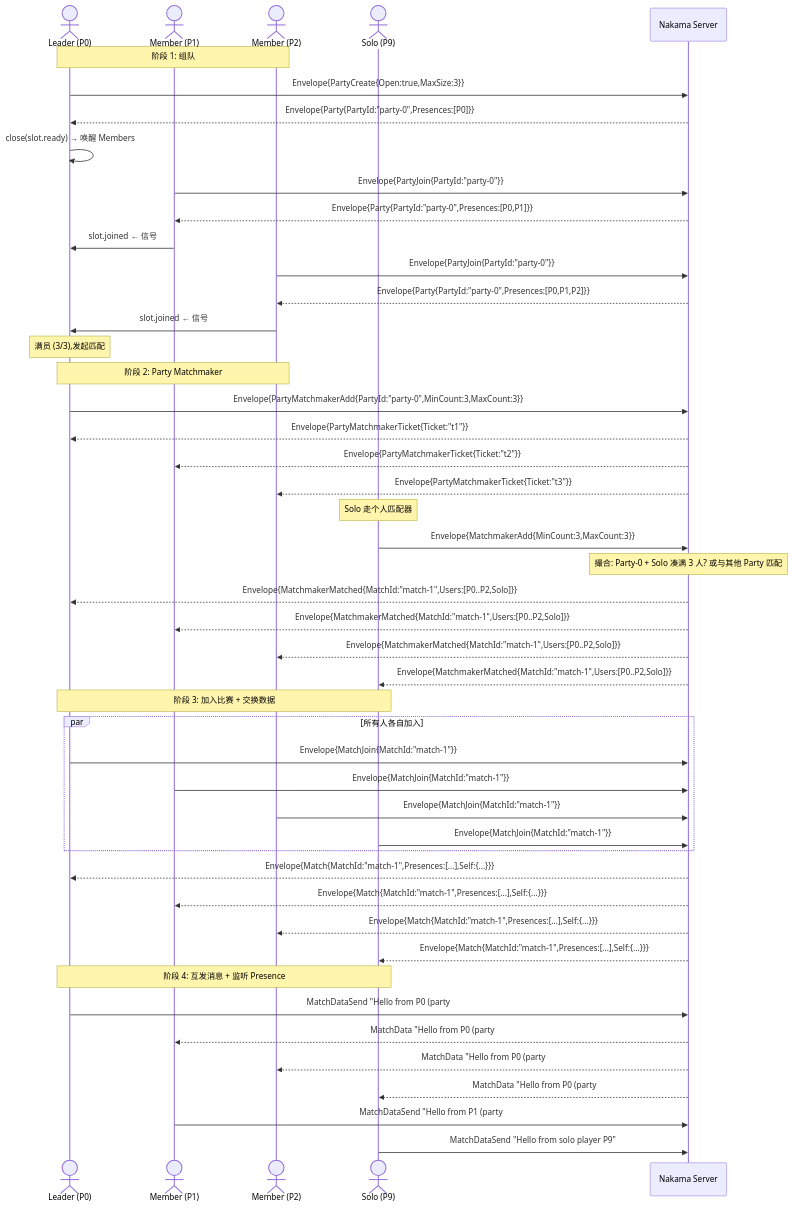
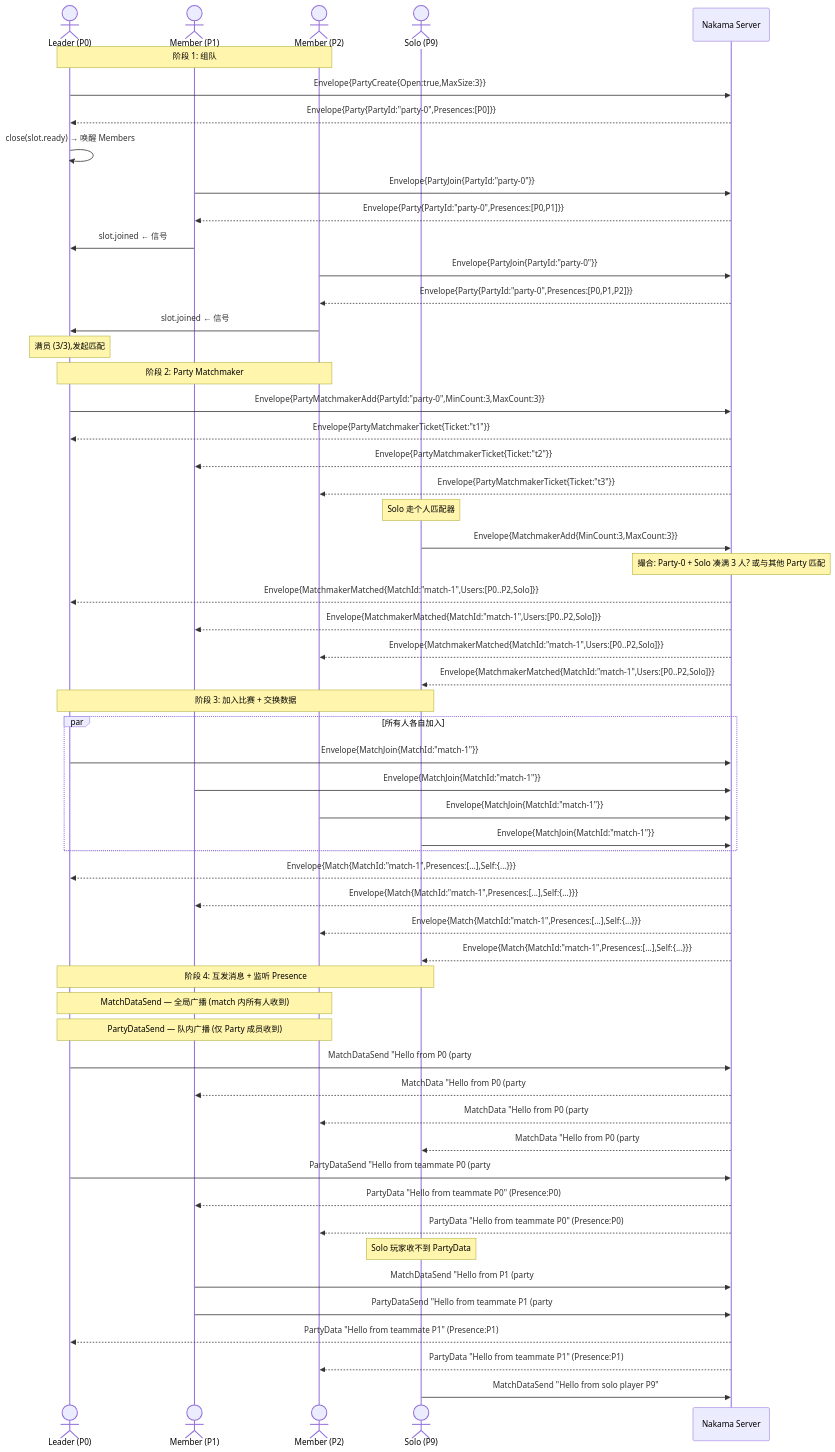
Before and after one commit to kindywu/nakama: the fifth of 5 diagrams in docs/examples.md, drawn with Mermaid. The commit also changed other lines of this file and 1 other file, not shown here.

````diff
--- a/docs/examples.md
+++ b/docs/examples.md
@@ -1140,66 +1208,77 @@
 ```mermaid
 sequenceDiagram
     actor L as Leader (P0)
     actor M1 as Member (P1)
     actor M2 as Member (P2)
     actor Solo as Solo (P9)
     participant S as Nakama Server
 
     Note over L,M2: 阶段 1: 组队
 
     L->>S: Envelope{PartyCreate{Open:true,MaxSize:3}}
     S-->>L: Envelope{Party{PartyId:"party-0",Presences:[P0]}}
 
     L->>L: close(slot.ready) → 唤醒 Members
 
     M1->>S: Envelope{PartyJoin{PartyId:"party-0"}}
     S-->>M1: Envelope{Party{PartyId:"party-0",Presences:[P0,P1]}}
     M1->>L: slot.joined ← 信号
 
     M2->>S: Envelope{PartyJoin{PartyId:"party-0"}}
     S-->>M2: Envelope{Party{PartyId:"party-0",Presences:[P0,P1,P2]}}
     M2->>L: slot.joined ← 信号
 
     Note over L: 满员 (3/3),发起匹配
 
     Note over L,M2: 阶段 2: Party Matchmaker
 
     L->>S: Envelope{PartyMatchmakerAdd{PartyId:"party-0",MinCount:3,MaxCount:3}}
     S-->>L: Envelope{PartyMatchmakerTicket{Ticket:"t1"}}
     S-->>M1: Envelope{PartyMatchmakerTicket{Ticket:"t2"}}
     S-->>M2: Envelope{PartyMatchmakerTicket{Ticket:"t3"}}
 
     Note over Solo: Solo 走个人匹配器
     Solo->>S: Envelope{MatchmakerAdd{MinCount:3,MaxCount:3}}
 
     Note over S: 撮合: Party-0 + Solo 凑满 3 人? 或与其他 Party 匹配
 
     S-->>L: Envelope{MatchmakerMatched{MatchId:"match-1",Users:[P0..P2,Solo]}}
     S-->>M1: Envelope{MatchmakerMatched{MatchId:"match-1",Users:[P0..P2,Solo]}}
     S-->>M2: Envelope{MatchmakerMatched{MatchId:"match-1",Users:[P0..P2,Solo]}}
     S-->>Solo: Envelope{MatchmakerMatched{MatchId:"match-1",Users:[P0..P2,Solo]}}
 
     Note over L,Solo: 阶段 3: 加入比赛 + 交换数据
 
     par 所有人各自加入
         L->>S: Envelope{MatchJoin{MatchId:"match-1"}}
         M1->>S: Envelope{MatchJoin{MatchId:"match-1"}}
         M2->>S: Envelope{MatchJoin{MatchId:"match-1"}}
         Solo->>S: Envelope{MatchJoin{MatchId:"match-1"}}
     end
 
     S-->>L: Envelope{Match{MatchId:"match-1",Presences:[...],Self:{...}}}
     S-->>M1: Envelope{Match{MatchId:"match-1",Presences:[...],Self:{...}}}
     S-->>M2: Envelope{Match{MatchId:"match-1",Presences:[...],Self:{...}}}
     S-->>Solo: Envelope{Match{MatchId:"match-1",Presences:[...],Self:{...}}}
 
     Note over L,Solo: 阶段 4: 互发消息 + 监听 Presence
+    Note over L,M2: MatchDataSend — 全局广播 (match 内所有人收到)
+    Note over L,M2: PartyDataSend — 队内广播 (仅 Party 成员收到)
 
     L->>S: MatchDataSend "Hello from P0 (party #0)"
     S-->>M1: MatchData "Hello from P0 (party #0)" (Presence:P0)
     S-->>M2: MatchData "Hello from P0 (party #0)" (Presence:P0)
     S-->>Solo: MatchData "Hello from P0 (party #0)" (Presence:P0)
 
+    L->>S: PartyDataSend "Hello from teammate P0 (party #0)"
+    S-->>M1: PartyData "Hello from teammate P0" (Presence:P0)
+    S-->>M2: PartyData "Hello from teammate P0" (Presence:P0)
+    Note over Solo: Solo 玩家收不到 PartyData
+
     M1->>S: MatchDataSend "Hello from P1 (party #0)"
+    M1->>S: PartyDataSend "Hello from teammate P1 (party #0)"
+    S-->>L: PartyData "Hello from teammate P1" (Presence:P1)
+    S-->>M2: PartyData "Hello from teammate P1" (Presence:P1)
+
     Solo->>S: MatchDataSend "Hello from solo player P9"
 ```
````
